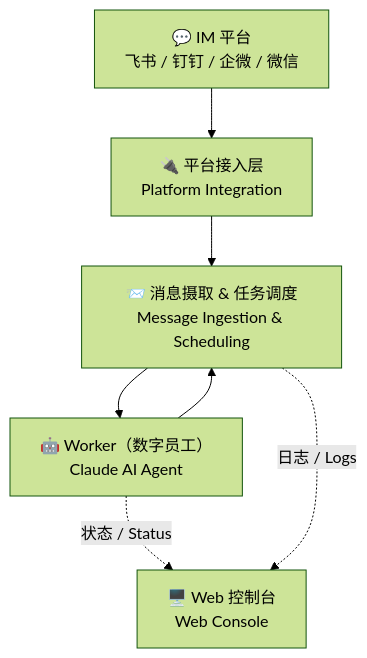
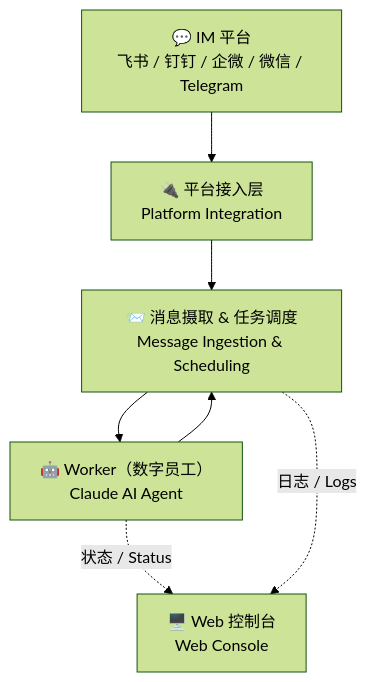
Before and after one commit to theopenbee/openbee: the diagram in README.zh.md, drawn with Mermaid (forest theme). The commit also changed other lines of this file and 1 other file, not shown here.

Commit message:
docs: add Telegram to supported IM platforms in README

````diff
--- a/README.zh.md
+++ b/README.zh.md
@@ -111,9 +111,9 @@
 ```mermaid
 graph TD
-    A["💬 IM 平台\n飞书 / 钉钉 / 企微 / 微信"] --> B["🔌 平台接入层\nPlatform Integration"]
+    A["💬 IM 平台\n飞书 / 钉钉 / 企微 / 微信 / Telegram"] --> B["🔌 平台接入层\nPlatform Integration"]
     B --> C["📨 消息摄取 & 任务调度\nMessage Ingestion & Scheduling"]
     C --> D["🤖 Worker（数字员工）\nClaude AI Agent"]
     D --> C
     D -. "状态 / Status" .-> E["🖥️ Web 控制台\nWeb Console"]
     C -. "日志 / Logs" .-> E
 ```
````
